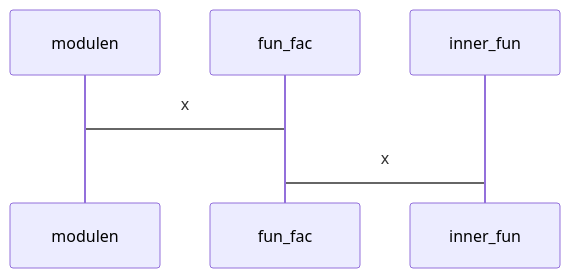
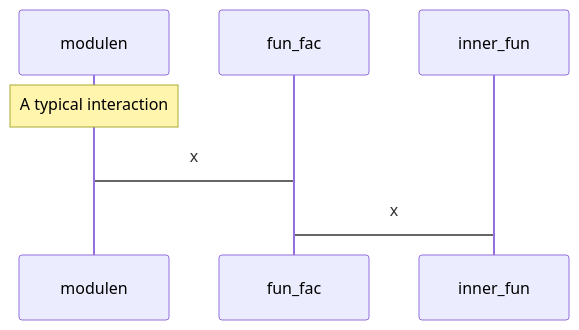
The fifth of 5 diagrams in ITINF24/lektion9/refs_scope.md (nackc8/py-live), drawn with Mermaid before and after one commit. The commit also changed other lines of this file, not shown here.

Commit message:
autocommit complete 1016 (38)

````diff
--- a/ITINF24/lektion9/refs_scope.md
+++ b/ITINF24/lektion9/refs_scope.md
@@ -89,7 +89,8 @@
 ```mermaid
 sequenceDiagram
+    Note over modulen: A typical interaction
     modulen->fun_fac: x
     fun_fac->inner_fun: x
 
 
 ```
````
